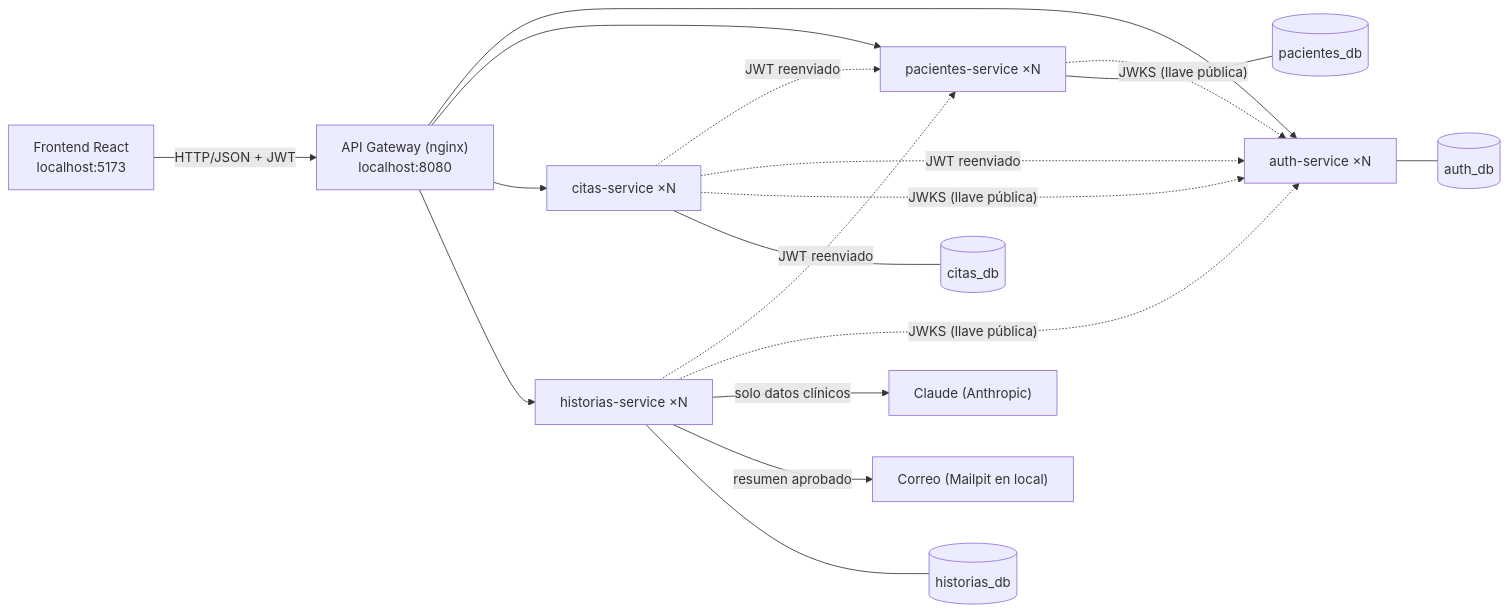
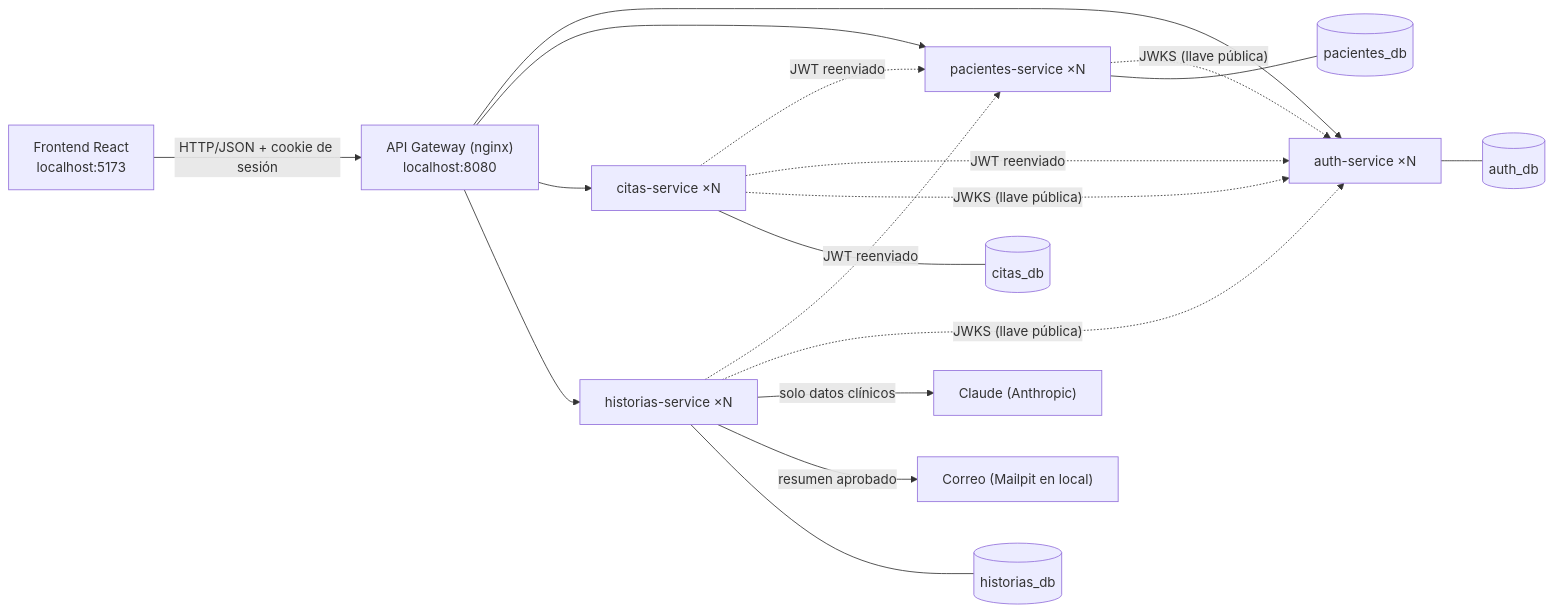
One commit to Umbrabilis/veterinarIA-API changed the diagram in README.md. Above: the diagram before and after it, drawn with Mermaid. The commit also changed other lines of this file and 16 other files, not shown here.

First line of the commit message:
feat(auth): manejar la sesión con una cookie HttpOnly en lugar del token en el navegador

````diff
--- a/README.md
+++ b/README.md
@@ -13,18 +13,18 @@
 ```mermaid
 flowchart LR
-    FE["Frontend React<br/>localhost:5173"] -->|HTTP/JSON + JWT| GW["API Gateway (nginx)<br/>localhost:8080"]
+    FE["Frontend React<br/>localhost:5173"] -->|"HTTP/JSON + cookie de sesión"| GW["API Gateway (nginx)<br/>localhost:8080"]
     GW --> AUTH["auth-service ×N"]
     GW --> PAC["pacientes-service ×N"]
     GW --> CIT["citas-service ×N"]
     GW --> HIS["historias-service ×N"]
     CIT -. "JWT reenviado" .-> PAC
     CIT -. "JWT reenviado" .-> AUTH
     HIS -. "JWT reenviado" .-> PAC
     PAC & CIT & HIS -. "JWKS (llave pública)" .-> AUTH
     HIS -->|"solo datos clínicos"| IA["Claude (Anthropic)"]
     HIS -->|"resumen aprobado"| MAIL["Correo (Mailpit en local)"]
     AUTH --- DB1[("auth_db")]
     PAC --- DB2[("pacientes_db")]
     CIT --- DB3[("citas_db")]
     HIS --- DB4[("historias_db")]
 ```
````
